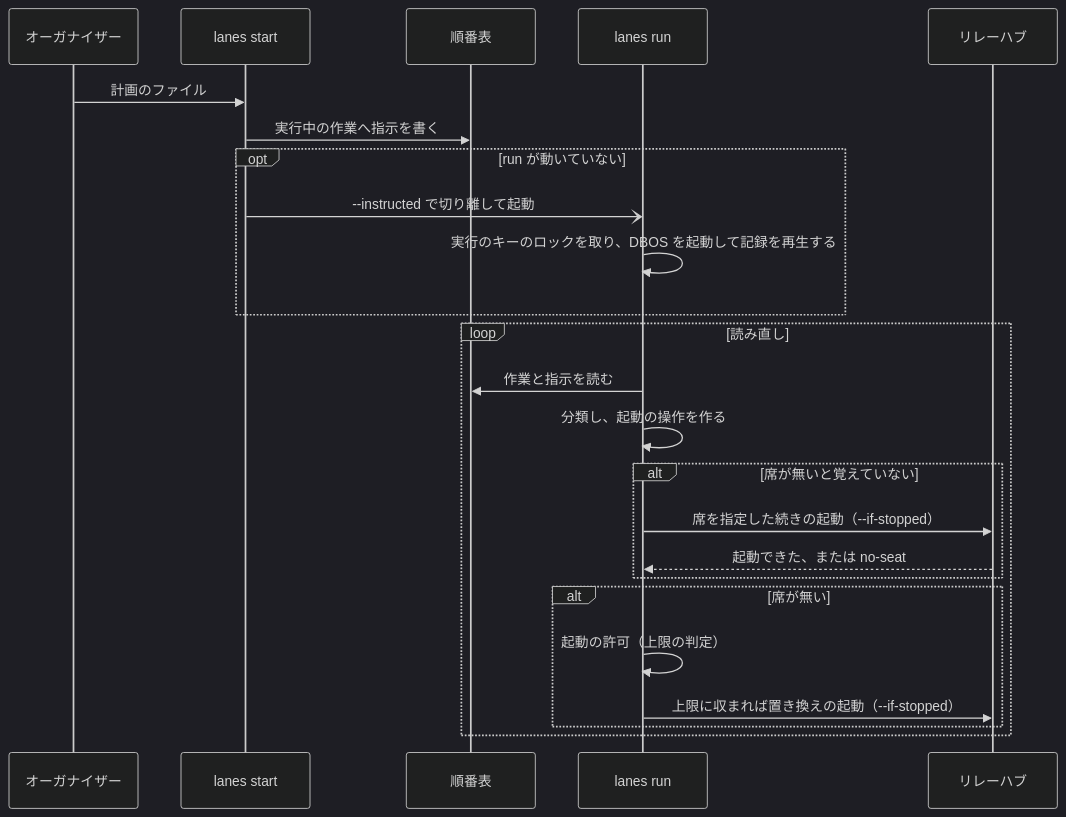
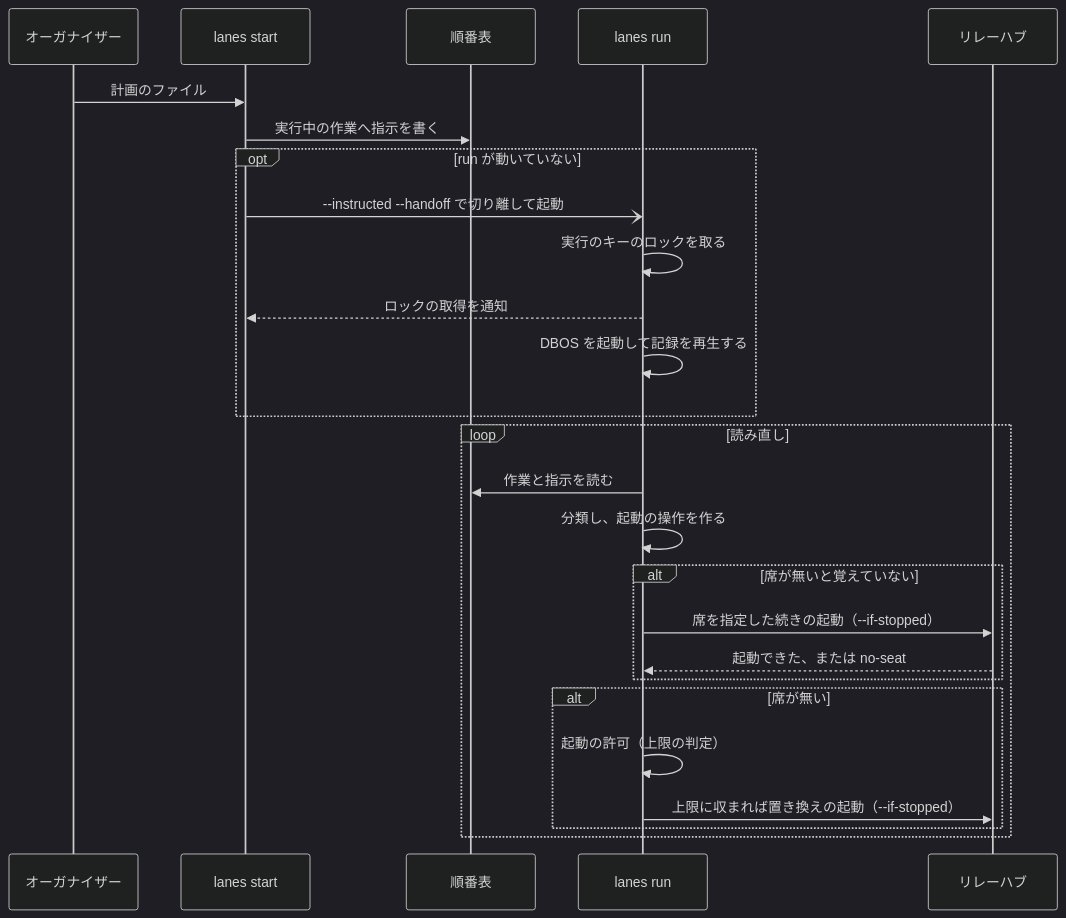
Before and after one commit to devbasex/ai-plugins: the fifth of 5 diagrams in issues/issue-4575-design.md, drawn with Mermaid (dark theme). The commit also changed other lines of this file, not shown here.

````diff
--- a/issues/issue-4575-design.md
+++ b/issues/issue-4575-design.md
@@ -390,26 +437,28 @@
 ```mermaid
 sequenceDiagram
   participant O as オーガナイザー
   participant S as lanes start
   participant T as 順番表
   participant R as lanes run
   participant H as リレーハブ
   O->>S: 計画のファイル
   S->>T: 実行中の作業へ指示を書く
   opt run が動いていない
-    S-)R: --instructed で切り離して起動
-    R->>R: 実行のキーのロックを取り、DBOS を起動して記録を再生する
+    S-)R: --instructed --handoff で切り離して起動
+    R->>R: 実行のキーのロックを取る
+    R-->>S: ロックの取得を通知
+    R->>R: DBOS を起動して記録を再生する
   end
   loop 読み直し
     R->>T: 作業と指示を読む
     R->>R: 分類し、起動の操作を作る
     alt 席が無いと覚えていない
       R->>H: 席を指定した続きの起動（--if-stopped）
       H-->>R: 起動できた、または no-seat
     end
     alt 席が無い
       R->>R: 起動の許可（上限の判定）
       R->>H: 上限に収まれば置き換えの起動（--if-stopped）
     end
   end
 ```
````
